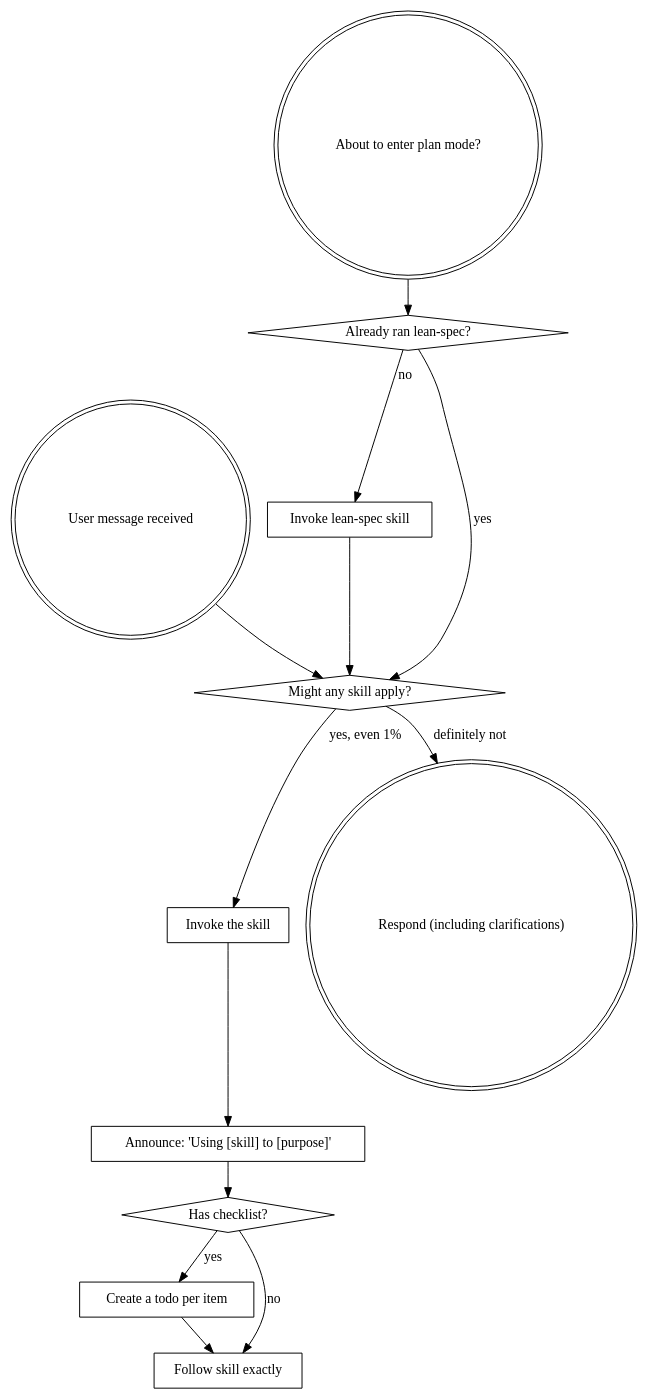
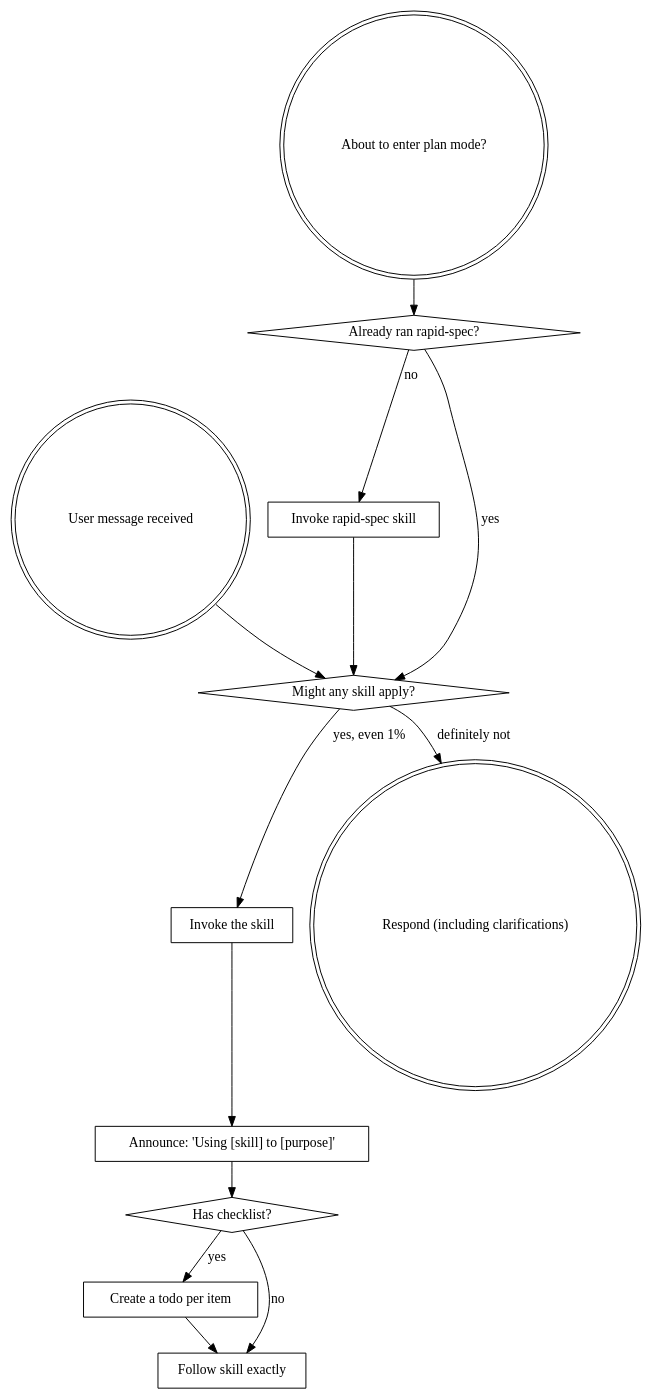
One commit to schaffe/rapidcode changed the diagram in skills/using-superpowers/SKILL.md. Above: the diagram before and after it, drawn with Graphviz. The commit also changed other lines of this file and 4 other files, not shown here.

Commit message:
iterate on spec plan

````diff
--- a/skills/using-superpowers/SKILL.md
+++ b/skills/using-superpowers/SKILL.md
@@ -52,29 +52,29 @@
 ```dot
 digraph skill_flow {
     "User message received" [shape=doublecircle];
     "About to enter plan mode?" [shape=doublecircle];
-    "Already ran lean-spec?" [shape=diamond];
-    "Invoke lean-spec skill" [shape=box];
+    "Already ran rapid-spec?" [shape=diamond];
+    "Invoke rapid-spec skill" [shape=box];
     "Might any skill apply?" [shape=diamond];
     "Invoke the skill" [shape=box];
     "Announce: 'Using [skill] to [purpose]'" [shape=box];
     "Has checklist?" [shape=diamond];
     "Create a todo per item" [shape=box];
     "Follow skill exactly" [shape=box];
     "Respond (including clarifications)" [shape=doublecircle];
 
-    "About to enter plan mode?" -> "Already ran lean-spec?";
-    "Already ran lean-spec?" -> "Invoke lean-spec skill" [label="no"];
-    "Already ran lean-spec?" -> "Might any skill apply?" [label="yes"];
-    "Invoke lean-spec skill" -> "Might any skill apply?";
+    "About to enter plan mode?" -> "Already ran rapid-spec?";
+    "Already ran rapid-spec?" -> "Invoke rapid-spec skill" [label="no"];
+    "Already ran rapid-spec?" -> "Might any skill apply?" [label="yes"];
+    "Invoke rapid-spec skill" -> "Might any skill apply?";
 
     "User message received" -> "Might any skill apply?";
     "Might any skill apply?" -> "Invoke the skill" [label="yes, even 1%"];
     "Might any skill apply?" -> "Respond (including clarifications)" [label="definitely not"];
     "Invoke the skill" -> "Announce: 'Using [skill] to [purpose]'";
     "Announce: 'Using [skill] to [purpose]'" -> "Has checklist?";
     "Has checklist?" -> "Create a todo per item" [label="yes"];
     "Has checklist?" -> "Follow skill exactly" [label="no"];
     "Create a todo per item" -> "Follow skill exactly";
 }
 ```
````
